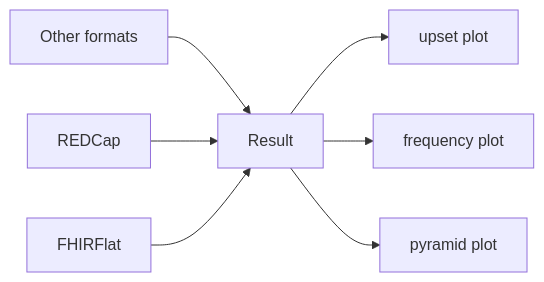
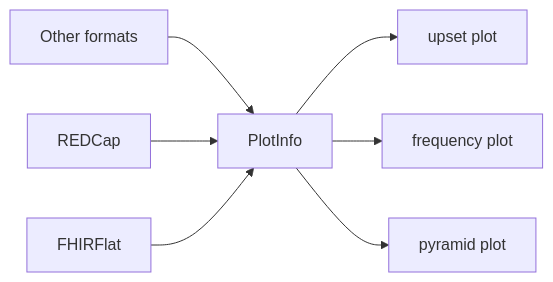
One commit to globaldothealth/polyflame changed the diagram in README.md. Above: the diagram before and after it, drawn with Mermaid. The commit also changed other lines of this file and 7 other files, not shown here.

````diff
--- a/README.md
+++ b/README.md
@@ -46,8 +46,8 @@
 ```mermaid
 flowchart LR
-OTH[Other formats] --> Result
-REDCap --> Result
-FHIRFlat --> Result --> UP[upset plot]
-Result --> FREQ[frequency plot]
-Result --> P[pyramid plot]
+OTH[Other formats] --> PlotInfo
+REDCap --> PlotInfo
+FHIRFlat --> PlotInfo --> UP[upset plot]
+PlotInfo --> FREQ[frequency plot]
+PlotInfo --> P[pyramid plot]
 ```
````
